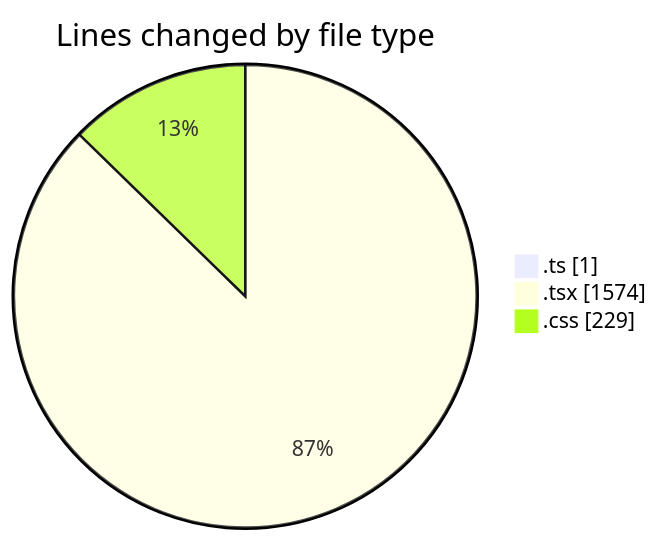
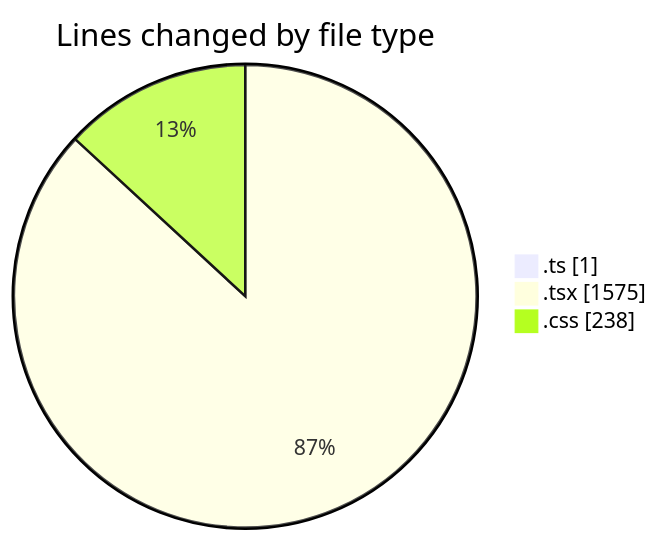
Before and after one commit to robertbonfada/code-tracking: the first of 2 diagrams in 2025-01-31/audiobooks-web/README.md, drawn with Mermaid. The commit also changed other lines of this file and 1 other file, not shown here.

````diff
--- a/2025-01-31/audiobooks-web/README.md
+++ b/2025-01-31/audiobooks-web/README.md
@@ -31,7 +32,7 @@
 ```mermaid
 pie showData
 title Lines changed by file type
 ".ts" : 1
-".tsx" : 1574
-".css" : 229
+".tsx" : 1575
+".css" : 238
 ```
````
